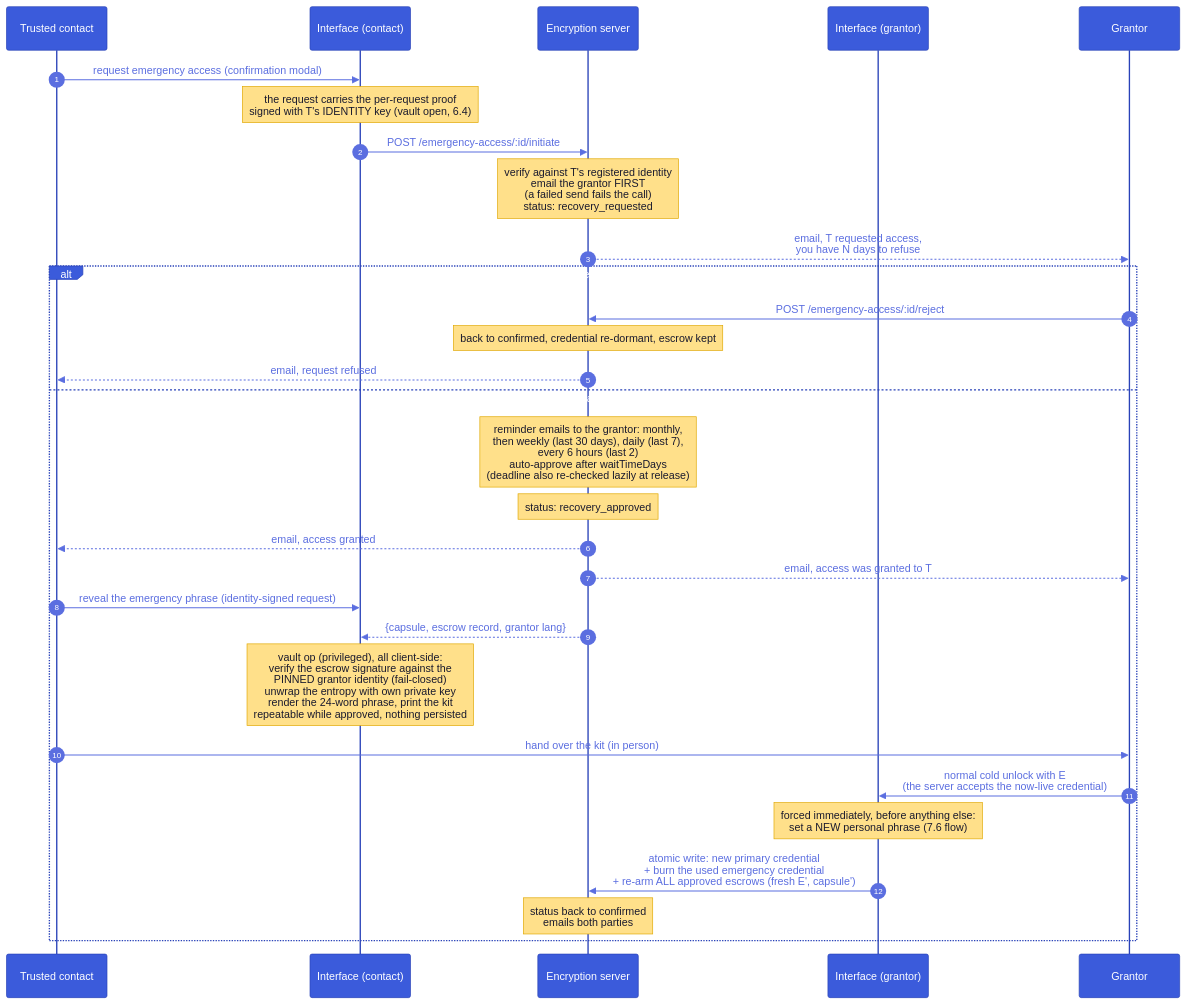
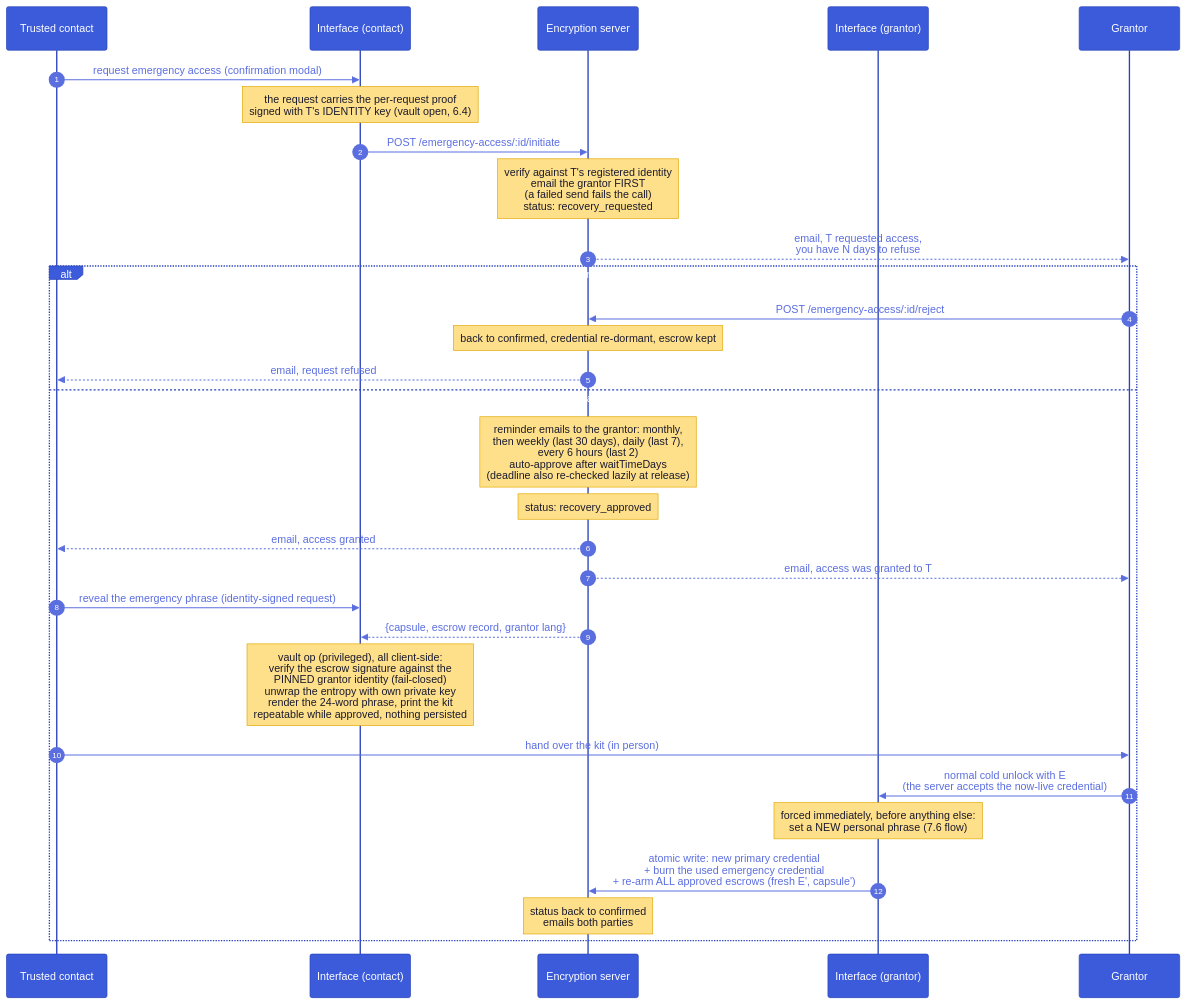
Diagram 23 of 24 in architecture.md (suitenumerique/encryption), drawn with Mermaid before and after one commit. The commit also changed other lines of this file and 118 other files, not shown here.

````diff
--- a/architecture.md
+++ b/architecture.md
@@ -1454,33 +1473,33 @@
 ```mermaid
 %%{init: {'theme':'base','look':'classic','themeVariables':{'actorBkg':'#3b5bdb','actorTextColor':'#fff','actorBorder':'#2942b8','signalColor':'#5b6ee0','signalTextColor':'#5b6ee0','noteBkgColor':'#ffe08a','noteTextColor':'#1a1a2e','noteBorderColor':'#e0a800','sequenceNumberColor':'#fff'}}}%%
 sequenceDiagram
   autonumber
   participant T as Trusted contact
   participant UIt as Interface (contact)
   participant API as Encryption server
   participant UIg as Interface (grantor)
   participant G as Grantor
   T->>UIt: request emergency access (confirmation modal)
   Note over UIt: the request carries the per-request proof<br/>signed with T's IDENTITY key (vault open, 6.4)
   UIt->>API: POST /emergency-access/:id/initiate
   Note over API: verify against T's registered identity<br/>email the grantor FIRST<br/>(a failed send fails the call)<br/>status: recovery_requested
   API-->>G: email, T requested access,<br/>you have N days to refuse
-  alt grantor refuses (JWT only, no vault needed, from the email link or the product modal)
+  alt grantor refuses (ID token only, no vault needed, from the email link or the product modal)
     G->>API: POST /emergency-access/:id/reject
     Note over API: back to confirmed, credential re-dormant, escrow kept
     API-->>T: email, request refused
   else grantor says nothing
     Note over API: reminder emails to the grantor: monthly,<br/>then weekly (last 30 days), daily (last 7),<br/>every 6 hours (last 2)<br/>auto-approve after waitTimeDays<br/>(deadline also re-checked lazily at release)
     Note over API: status: recovery_approved
     API-->>T: email, access granted
     API-->>G: email, access was granted to T
     T->>UIt: reveal the emergency phrase (identity-signed request)
     API-->>UIt: {capsule, escrow record, grantor lang}
     Note over UIt: vault op (privileged), all client-side:<br/>verify the escrow signature against the<br/>PINNED grantor identity (fail-closed)<br/>unwrap the entropy with own private key<br/>render the 24-word phrase, print the kit<br/>repeatable while approved, nothing persisted
     T->>G: hand over the kit (in person)
     G->>UIg: normal cold unlock with E<br/>(the server accepts the now-live credential)
     Note over UIg: forced immediately, before anything else:<br/>set a NEW personal phrase (7.6 flow)
     UIg->>API: atomic write: new primary credential<br/>+ burn the used emergency credential<br/>+ re-arm ALL approved escrows (fresh E', capsule')
     Note over API: status back to confirmed<br/>emails both parties
   end
 ```
````
